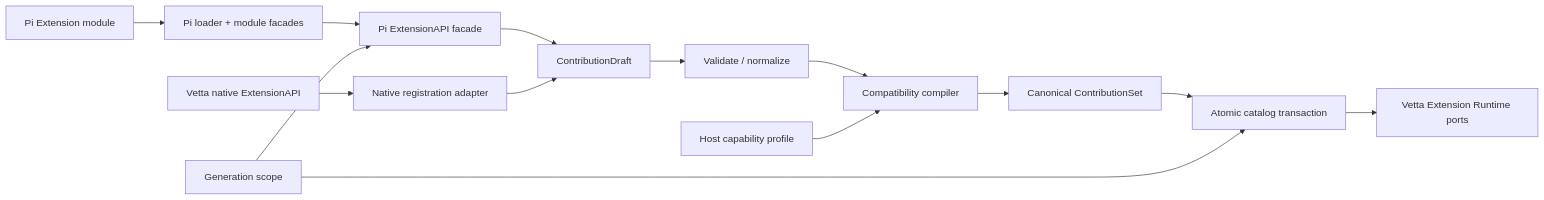
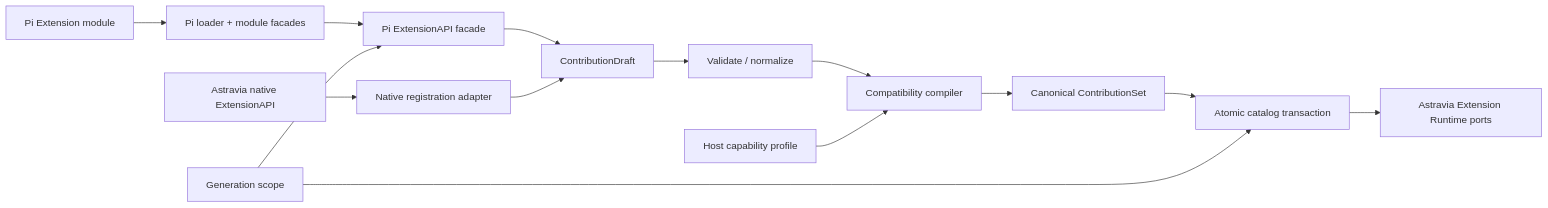
The diagram in docs/agent/extension/spec/02-target-architecture.md (maomaochong-ai/open-astravia), drawn with Mermaid before and after one commit. The commit also changed other lines of this file and 5930 other files, not shown here.

````diff
--- a/docs/agent/extension/spec/02-target-architecture.md
+++ b/docs/agent/extension/spec/02-target-architecture.md
@@ -29,17 +29,17 @@
 ```mermaid
 flowchart LR
   P["Pi Extension module"] --> L["Pi loader + module facades"]
   L --> A["Pi ExtensionAPI facade"]
   A --> D["ContributionDraft"]
   D --> N["Validate / normalize"]
   N --> C["Compatibility compiler"]
   C --> R["Canonical ContributionSet"]
   R --> T["Atomic catalog transaction"]
-  T --> V["Vetta Extension Runtime ports"]
+  T --> V["Astravia Extension Runtime ports"]
 
-  X["Vetta native ExtensionAPI"] --> NA["Native registration adapter"]
+  X["Astravia native ExtensionAPI"] --> NA["Native registration adapter"]
   NA --> D
   H["Host capability profile"] --> C
   G["Generation scope"] --> A
   G --> T
 ```
````
